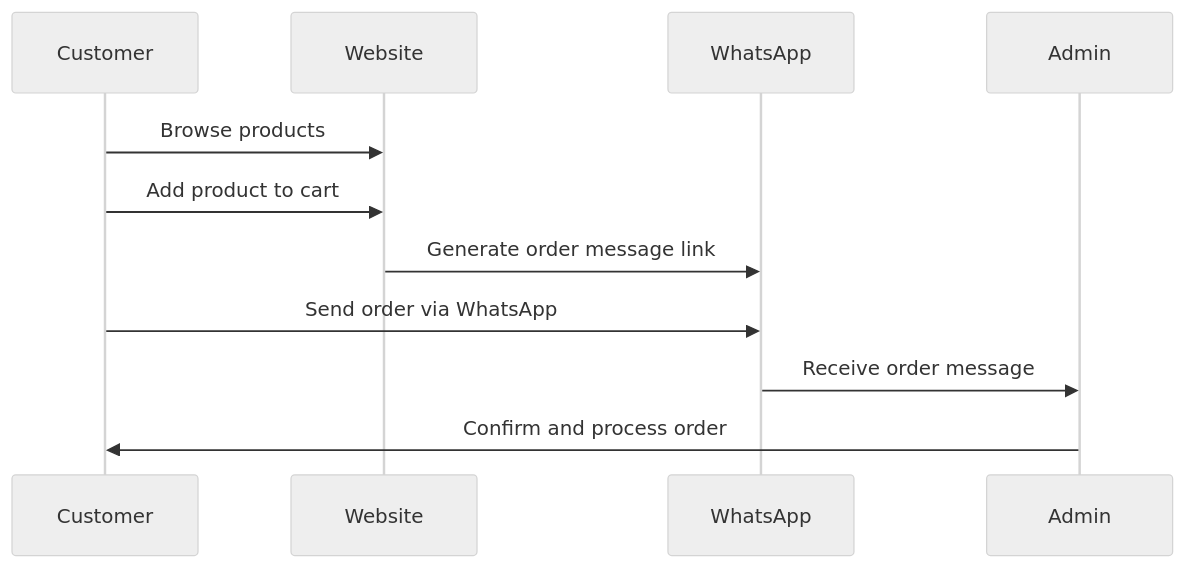
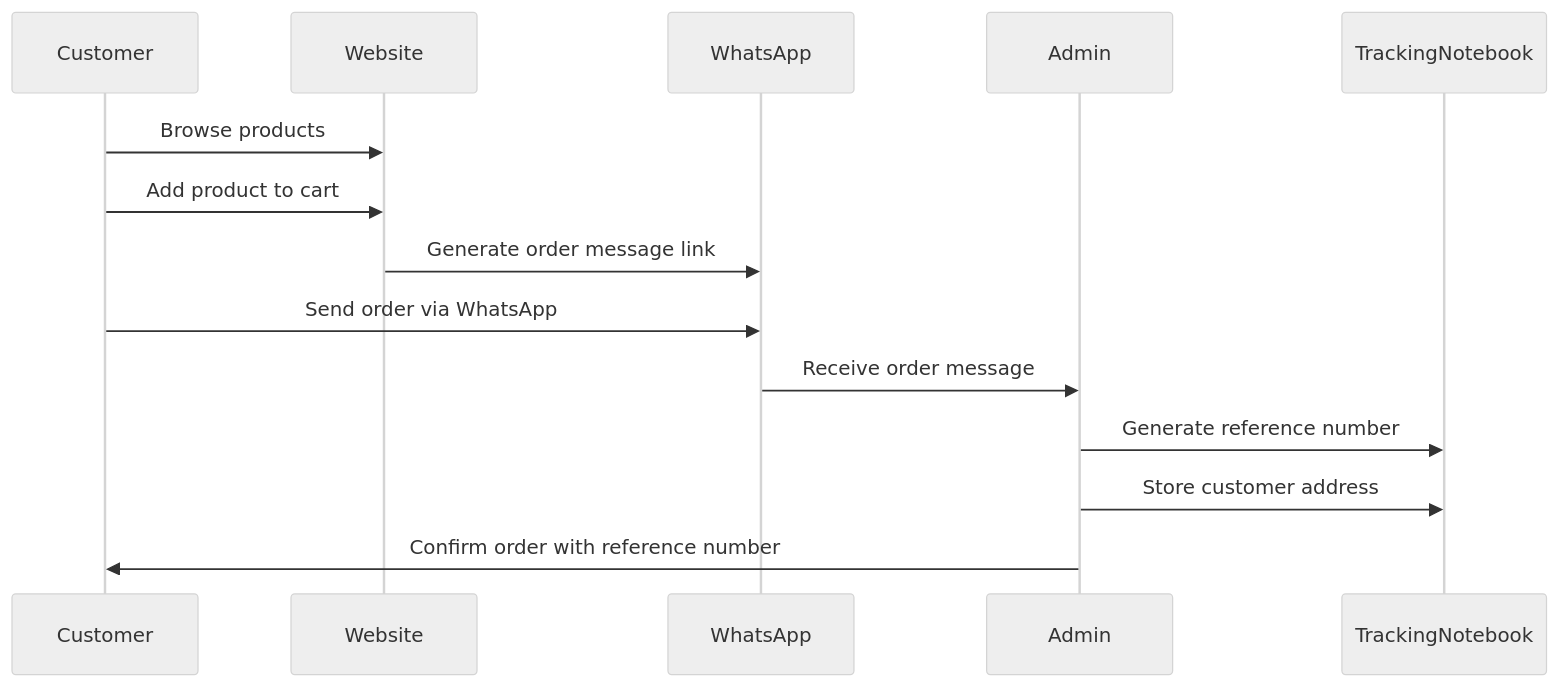
One commit to dbless-commerce/site-generator changed the diagram in README.md. Above: the diagram before and after it, drawn with Mermaid (neutral theme). The commit also changed other lines of this file, not shown here.

````diff
--- a/README.md
+++ b/README.md
@@ -77,14 +77,17 @@
 ```mermaid
 sequenceDiagram
     participant Customer
     participant Website
     participant WhatsApp
     participant Admin
+    participant TrackingNotebook
 
     Customer->>Website: Browse products
     Customer->>Website: Add product to cart
     Website->>WhatsApp: Generate order message link
     Customer->>WhatsApp: Send order via WhatsApp
     WhatsApp->>Admin: Receive order message
-    Admin->>Customer: Confirm and process order
+    Admin->>TrackingNotebook: Generate reference number
+    Admin->>TrackingNotebook: Store customer address
+    Admin->>Customer: Confirm order with reference number
 ```
````
